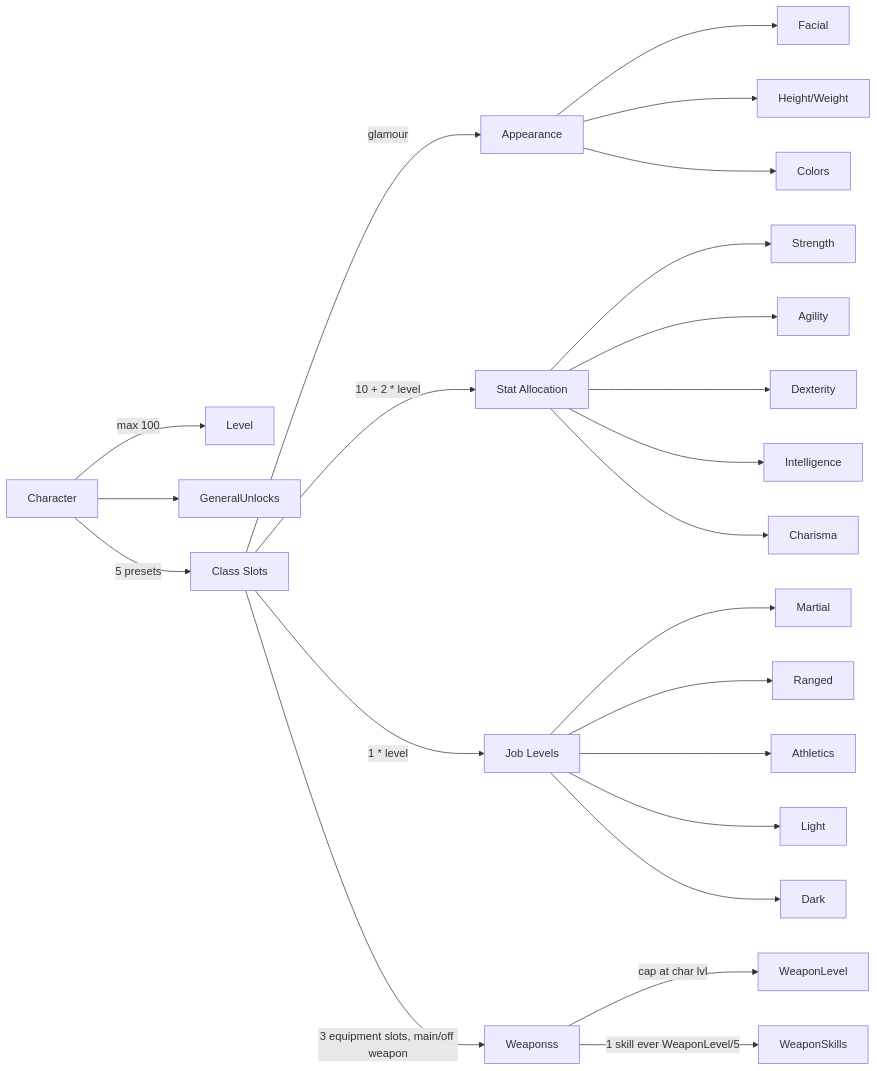
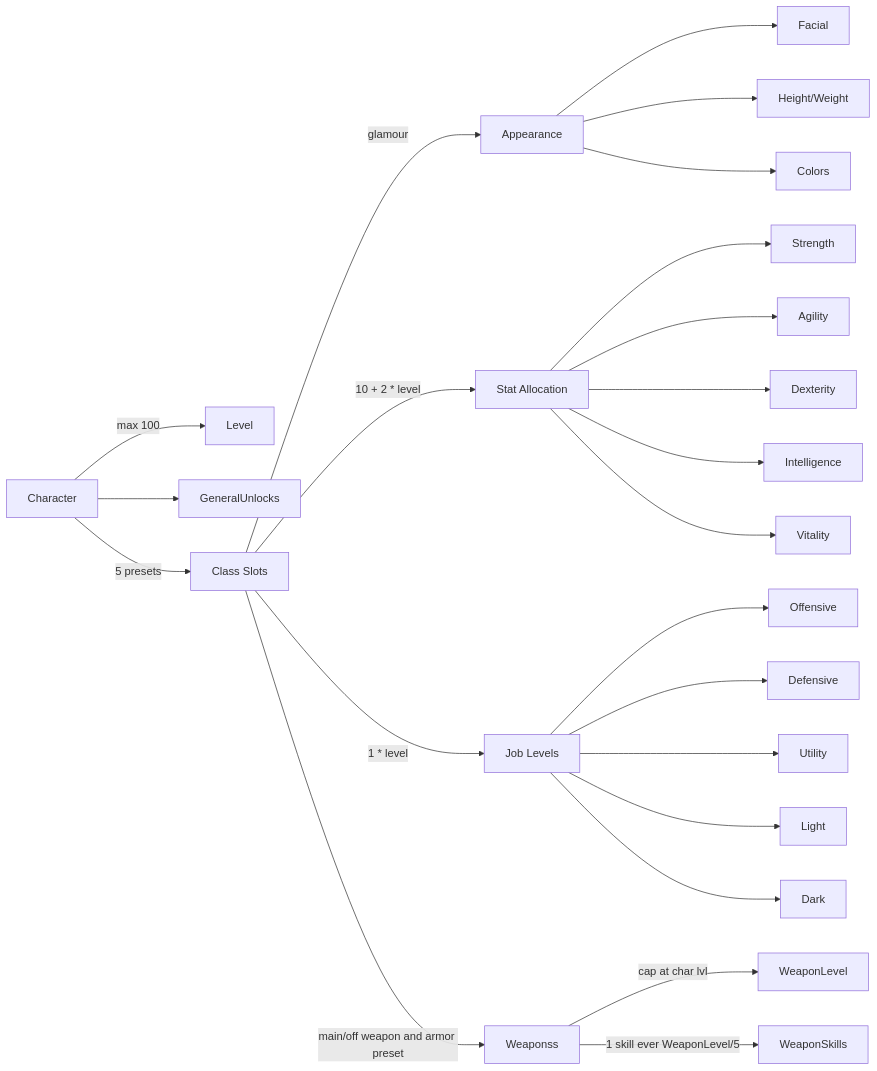
Before and after one commit to adam-page/adam-page.github.io: the diagram in _posts/That Game/2019-04-18-character-design.md, drawn with Mermaid. The commit also changed other lines of this file, not shown here.

Commit message:
Minor changes to That Game post.

````diff
--- a/_posts/That Game/2019-04-18-character-design.md
+++ b/_posts/That Game/2019-04-18-character-design.md
@@ -13,31 +13,31 @@
 ```mermaid
 graph LR
 	char["Character"]
 	char-- max 100 -->Level
 	char-->GeneralUnlocks
 	slot["Class Slots"]
 	app["Appearance"]
 	stat["Stat Allocation"]
 	job["Job Levels"]
 	weapon["Weaponss"]
 	char-- 5 presets -->slot
 	slot-- glamour -->app
 	slot-- 10 + 2 * level -->stat
 	slot-- 1 * level -->job
-	slot-- 3 equipment slots, main/off weapon -->weapon
+	slot-- main/off weapon and armor preset -->weapon
 	app-->Facial
 	app-->Height/Weight
 	app-->Colors
 	stat-->Strength
 	stat-->Agility
 	stat-->Dexterity
 	stat-->Intelligence
-	stat-->Charisma
-	job-->Martial
-	job-->Ranged
-	job-->Athletics
+	stat-->Vitality
+	job-->Offensive
+	job-->Defensive
+	job-->Utility
 	job-->Light
 	job-->Dark
 	weapon-- cap at char lvl -->WeaponLevel
 	weapon-- 1 skill ever WeaponLevel/5 -->WeaponSkills
 ```
````
